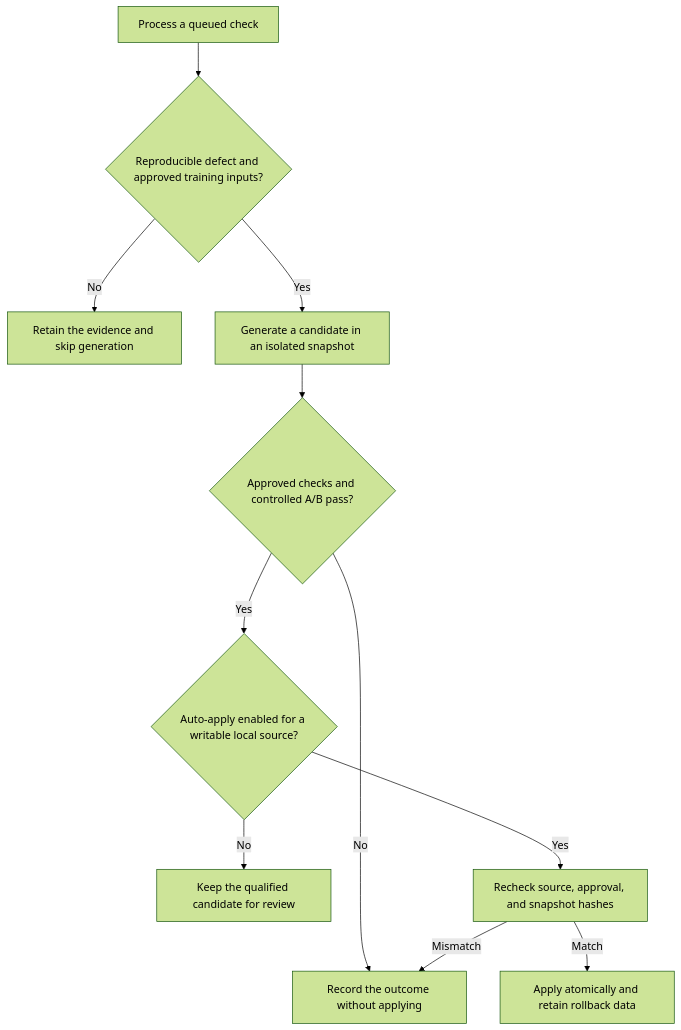
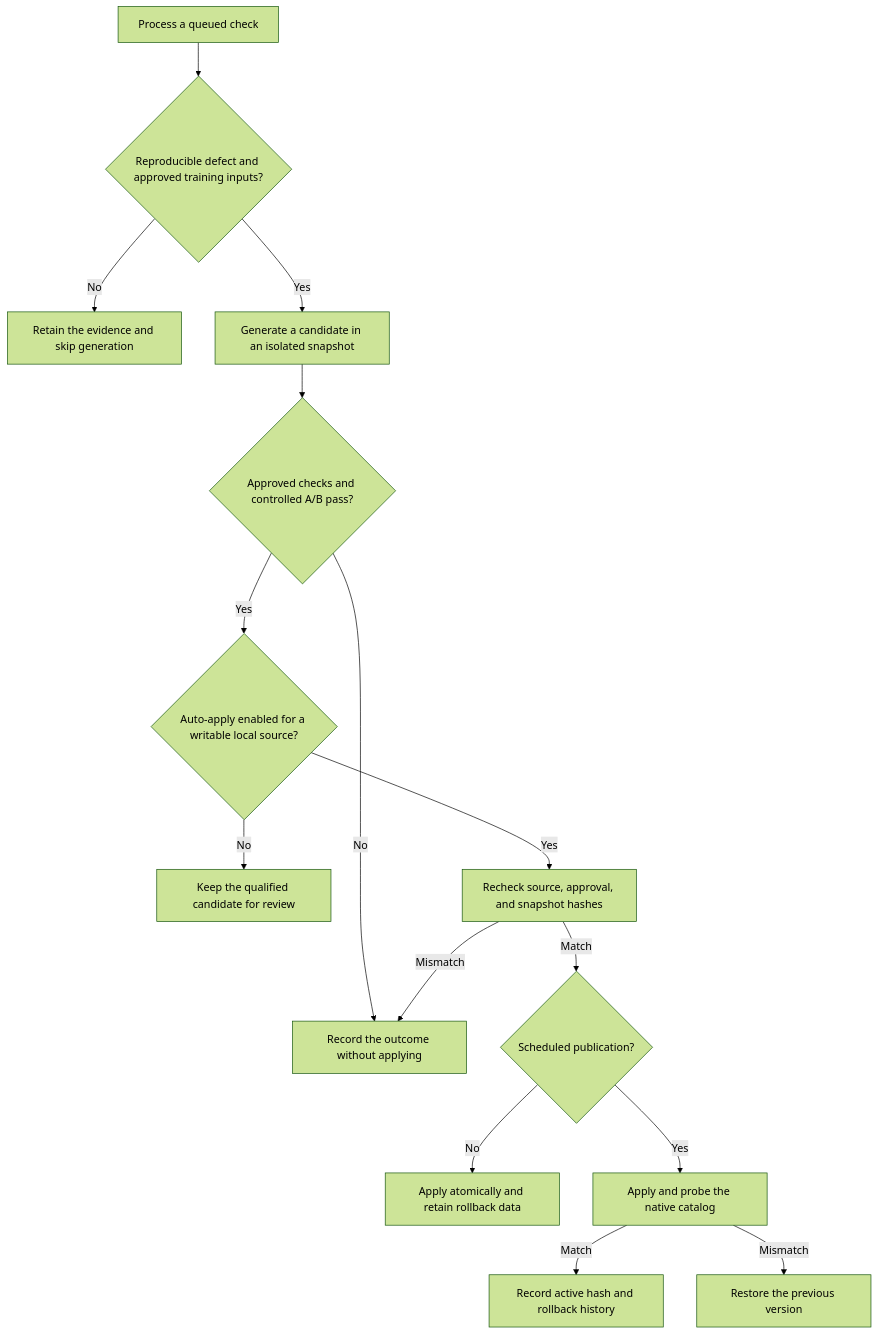
Before and after one commit to pnpwin/skillcraft: the fourth of 5 diagrams in plugins/skillcraft/skills/skillcraft/references/workflows.md, drawn with Mermaid (forest theme). The commit also changed other lines of this file and 7 other files, not shown here.

````diff
--- a/plugins/skillcraft/skills/skillcraft/references/workflows.md
+++ b/plugins/skillcraft/skills/skillcraft/references/workflows.md
@@ -92,13 +125,17 @@
 ```mermaid
 flowchart TD
     A["Process a queued check"] --> B{"Reproducible defect and approved training inputs?"}
     B -->|No| C["Retain the evidence and skip generation"]
     B -->|Yes| D["Generate a candidate in an isolated snapshot"]
     D --> E{"Approved checks and controlled A/B pass?"}
     E -->|No| F["Record the outcome without applying"]
     E -->|Yes| G{"Auto-apply enabled for a writable local source?"}
     G -->|No| H["Keep the qualified candidate for review"]
     G -->|Yes| I["Recheck source, approval, and snapshot hashes"]
-    I -->|Match| J["Apply atomically and retain rollback data"]
+    I -->|Match| K{"Scheduled publication?"}
+    K -->|No| J["Apply atomically and retain rollback data"]
+    K -->|Yes| N["Apply and probe the native catalog"]
+    N -->|Match| Q["Record active hash and rollback history"]
+    N -->|Mismatch| R["Restore the previous version"]
     I -->|Mismatch| F
 ```
````
